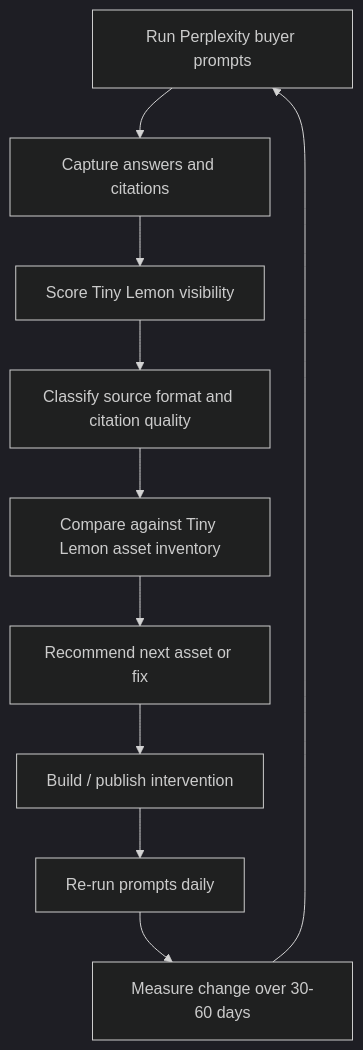
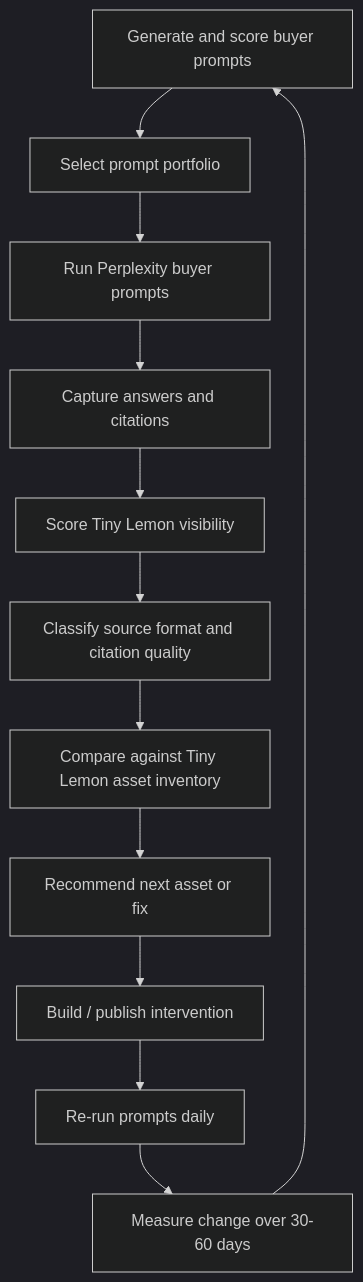
Before and after one commit to Dave-56/contentdesk: the second of 5 diagrams in docs/product/ARCHITECTURE.md, drawn with Mermaid (dark theme). The commit also changed other lines of this file and 32 other files, not shown here.

````diff
--- a/docs/product/ARCHITECTURE.md
+++ b/docs/product/ARCHITECTURE.md
@@ -57,12 +60,14 @@
 ```mermaid
 flowchart TD
-  A["Run Perplexity buyer prompts"] --> B["Capture answers and citations"]
-  B --> C["Score Tiny Lemon visibility"]
-  C --> D["Classify source format and citation quality"]
-  D --> E["Compare against Tiny Lemon asset inventory"]
-  E --> F["Recommend next asset or fix"]
-  F --> G["Build / publish intervention"]
-  G --> H["Re-run prompts daily"]
-  H --> I["Measure change over 30-60 days"]
-  I --> A
+  A["Generate and score buyer prompts"] --> B["Select prompt portfolio"]
+  B --> C["Run Perplexity buyer prompts"]
+  C --> D["Capture answers and citations"]
+  D --> E["Score Tiny Lemon visibility"]
+  E --> F["Classify source format and citation quality"]
+  F --> G["Compare against Tiny Lemon asset inventory"]
+  G --> H["Recommend next asset or fix"]
+  H --> I["Build / publish intervention"]
+  I --> J["Re-run prompts daily"]
+  J --> K["Measure change over 30-60 days"]
+  K --> A
 ```
````
